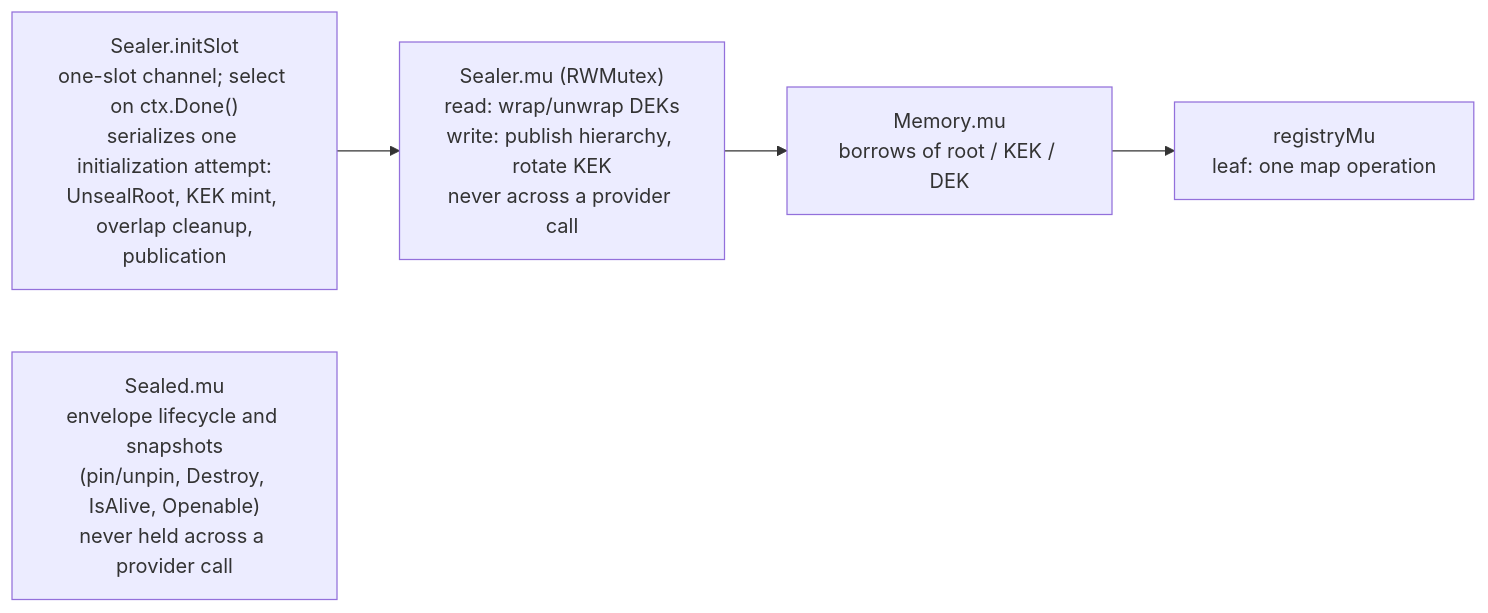
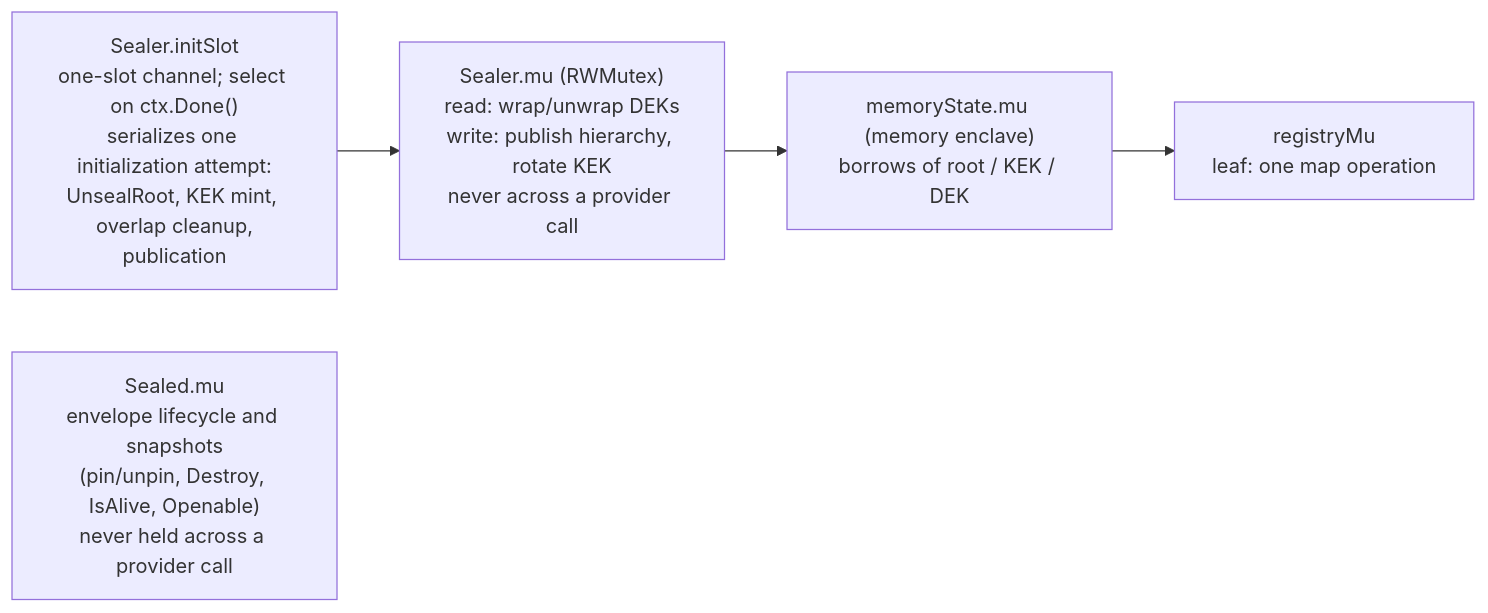
One commit to jeremyhahn/go-enclave changed the second of 4 diagrams in docs/sealing/architecture.md. Above: the diagram before and after it, drawn with Mermaid. The commit also changed other lines of this file and 60 other files, not shown here.

````diff
--- a/docs/sealing/architecture.md
+++ b/docs/sealing/architecture.md
@@ -89,7 +89,7 @@
 ```mermaid
 flowchart LR
   IS["Sealer.initSlot<br/>one-slot channel; select on ctx.Done()<br/>serializes one initialization attempt:<br/>UnsealRoot, KEK mint, overlap cleanup,<br/>publication"] --> MU["Sealer.mu (RWMutex)<br/>read: wrap/unwrap DEKs<br/>write: publish hierarchy, rotate KEK<br/>never across a provider call"]
-  MU --> EL["Memory.mu<br/>borrows of root / KEK / DEK"]
+  MU --> EL["memoryState.mu (memory enclave)<br/>borrows of root / KEK / DEK"]
   EL --> RG["registryMu<br/>leaf: one map operation"]
   SE["Sealed.mu<br/>envelope lifecycle and snapshots<br/>(pin/unpin, Destroy, IsAlive, Openable)<br/>never held across a provider call"]
 ```
````
